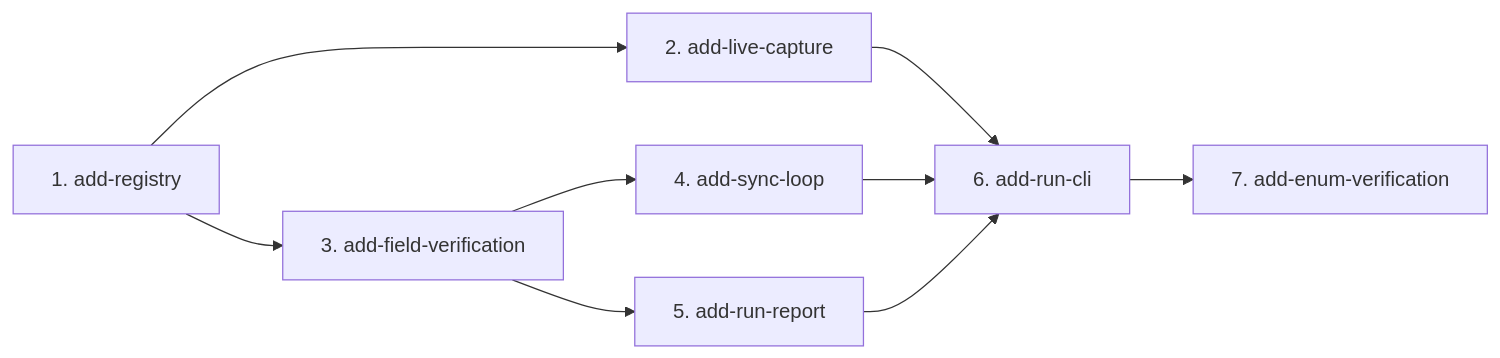
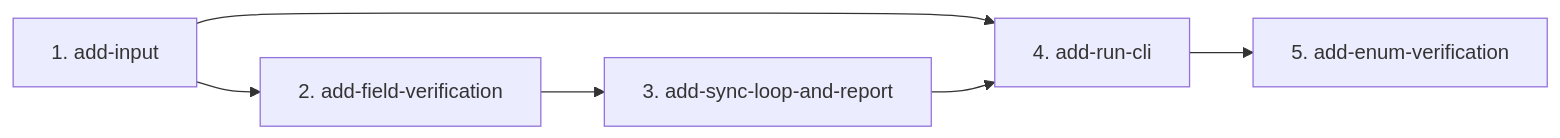
Before and after one commit to akutil/method-sync-v2: the diagram in docs/mvp-capability-plan.md, drawn with Mermaid. The commit also changed other lines of this file and 1 other file, not shown here.

````diff
--- a/docs/mvp-capability-plan.md
+++ b/docs/mvp-capability-plan.md
@@ -41,11 +39,8 @@
 ```mermaid
 flowchart LR
-    r["1. add-registry"] --> l["2. add-live-capture"]
-    r --> f["3. add-field-verification"]
-    f --> s["4. add-sync-loop"]
-    f --> p["5. add-run-report"]
-    l --> c["6. add-run-cli"]
+    i["1. add-input"] --> f["2. add-field-verification"]
+    f --> s["3. add-sync-loop-and-report"]
+    i --> c["4. add-run-cli"]
     s --> c
-    p --> c
-    c --> e["7. add-enum-verification"]
+    c --> e["5. add-enum-verification"]
 ```
````
